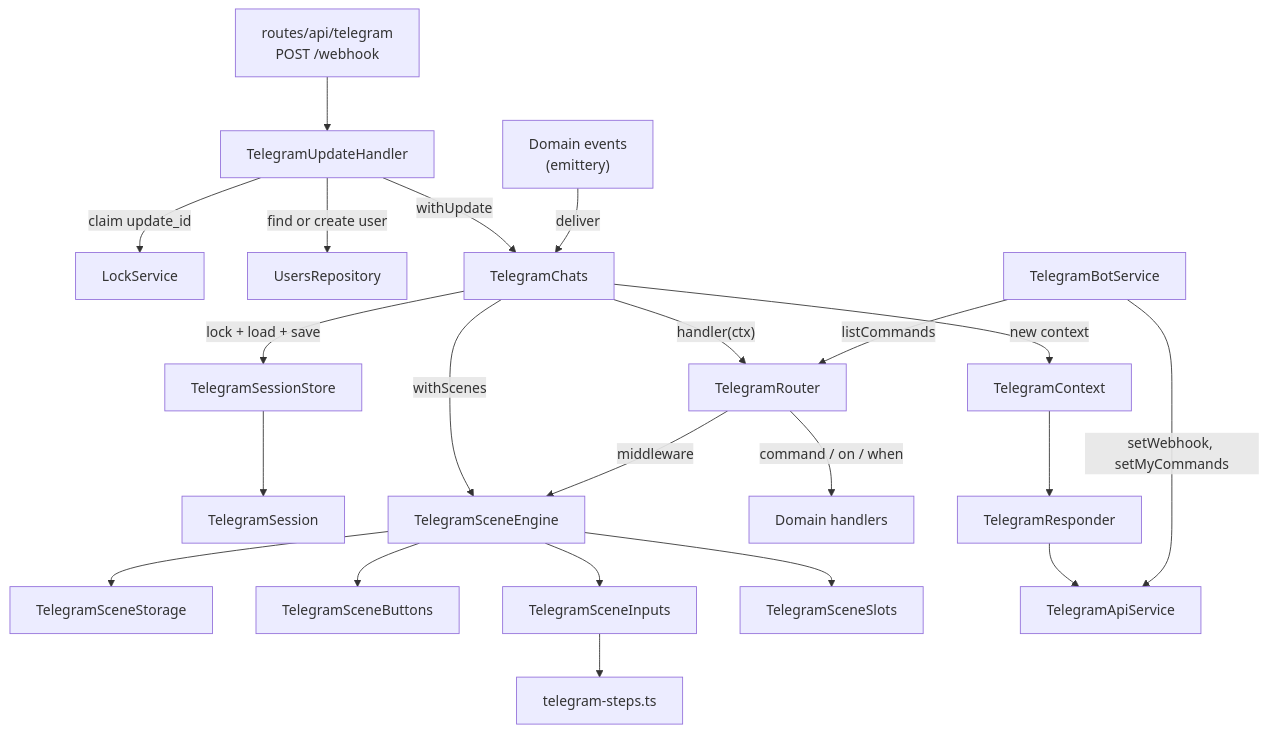
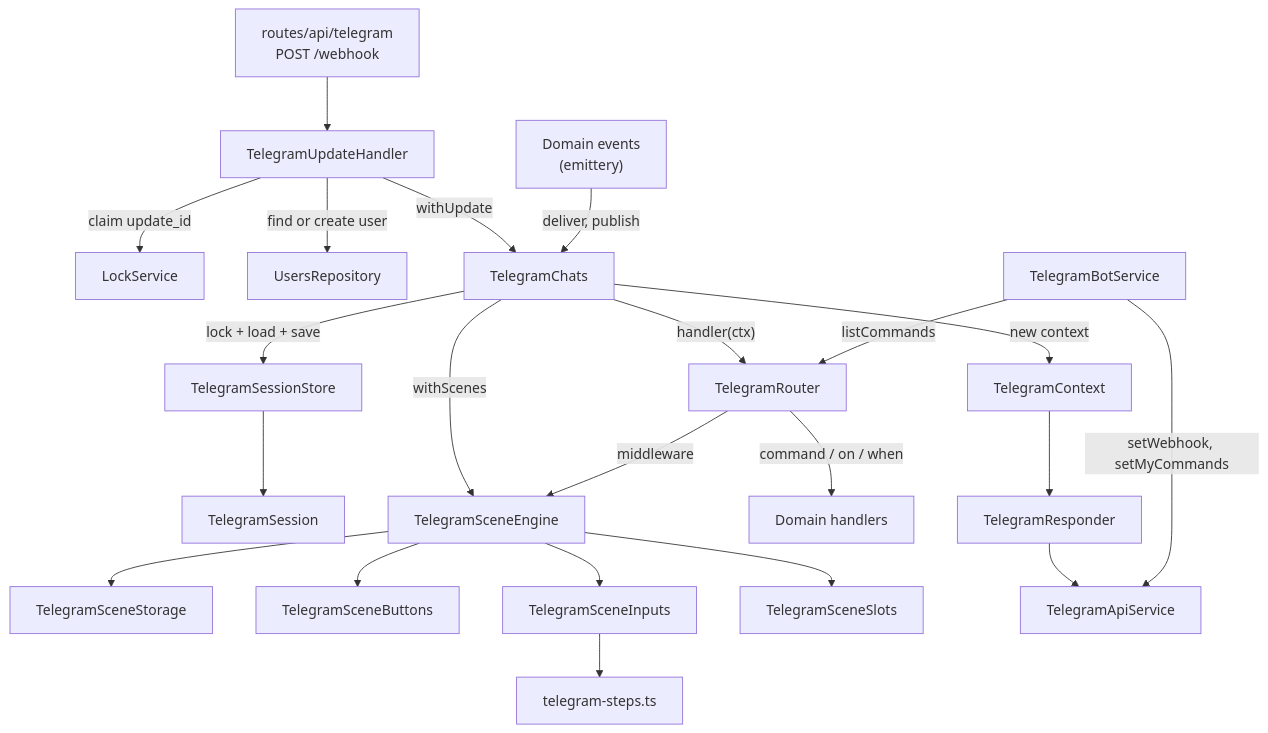
One commit to ayuvlasenko/smart-assistant changed the first of 8 diagrams in apps/server/src/plugins/app/telegram/README.md. Above: the diagram before and after it, drawn with Mermaid. The commit also changed other lines of this file and 17 other files, not shown here.

````diff
--- a/apps/server/src/plugins/app/telegram/README.md
+++ b/apps/server/src/plugins/app/telegram/README.md
@@ -9,30 +9,30 @@
 ```mermaid
 flowchart TD
     route["routes/api/telegram<br/>POST /webhook"] --> handler[TelegramUpdateHandler]
     handler -->|"claim update_id"| lock[LockService]
     handler -->|"find or create user"| users[UsersRepository]
     handler -->|withUpdate| chats[TelegramChats]
 
     chats -->|"lock + load + save"| sessions[TelegramSessionStore]
     sessions --> session[TelegramSession]
     chats -->|"new context"| ctx[TelegramContext]
     chats -->|withScenes| engine[TelegramSceneEngine]
     chats -->|"handler(ctx)"| router[TelegramRouter]
 
     router -->|"middleware"| engine
     router -->|"command / on / when"| domain["Domain handlers"]
 
     engine --> storage[TelegramSceneStorage]
     engine --> buttons[TelegramSceneButtons]
     engine --> inputs[TelegramSceneInputs]
     engine --> slots[TelegramSceneSlots]
     inputs --> steps["telegram-steps.ts"]
 
     ctx --> responder[TelegramResponder]
     responder --> api[TelegramApiService]
 
-    domainEvents["Domain events<br/>(emittery)"] -->|deliver| chats
+    domainEvents["Domain events<br/>(emittery)"] -->|"deliver, publish"| chats
 
     bot[TelegramBotService] -->|"setWebhook, setMyCommands"| api
     bot -->|listCommands| router
 ```
````
